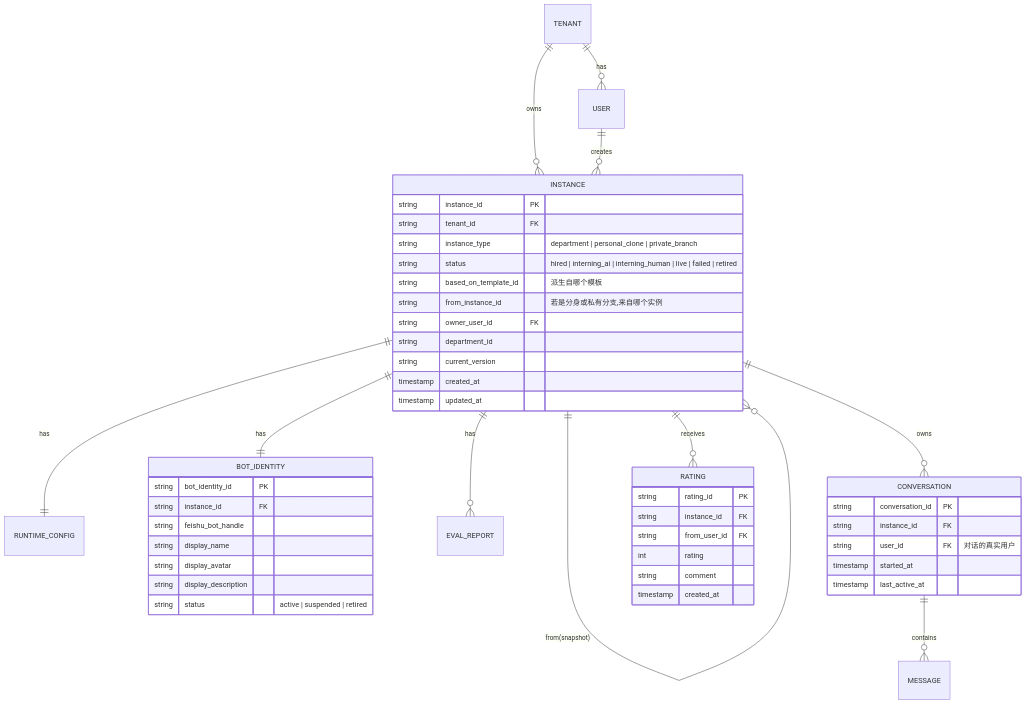
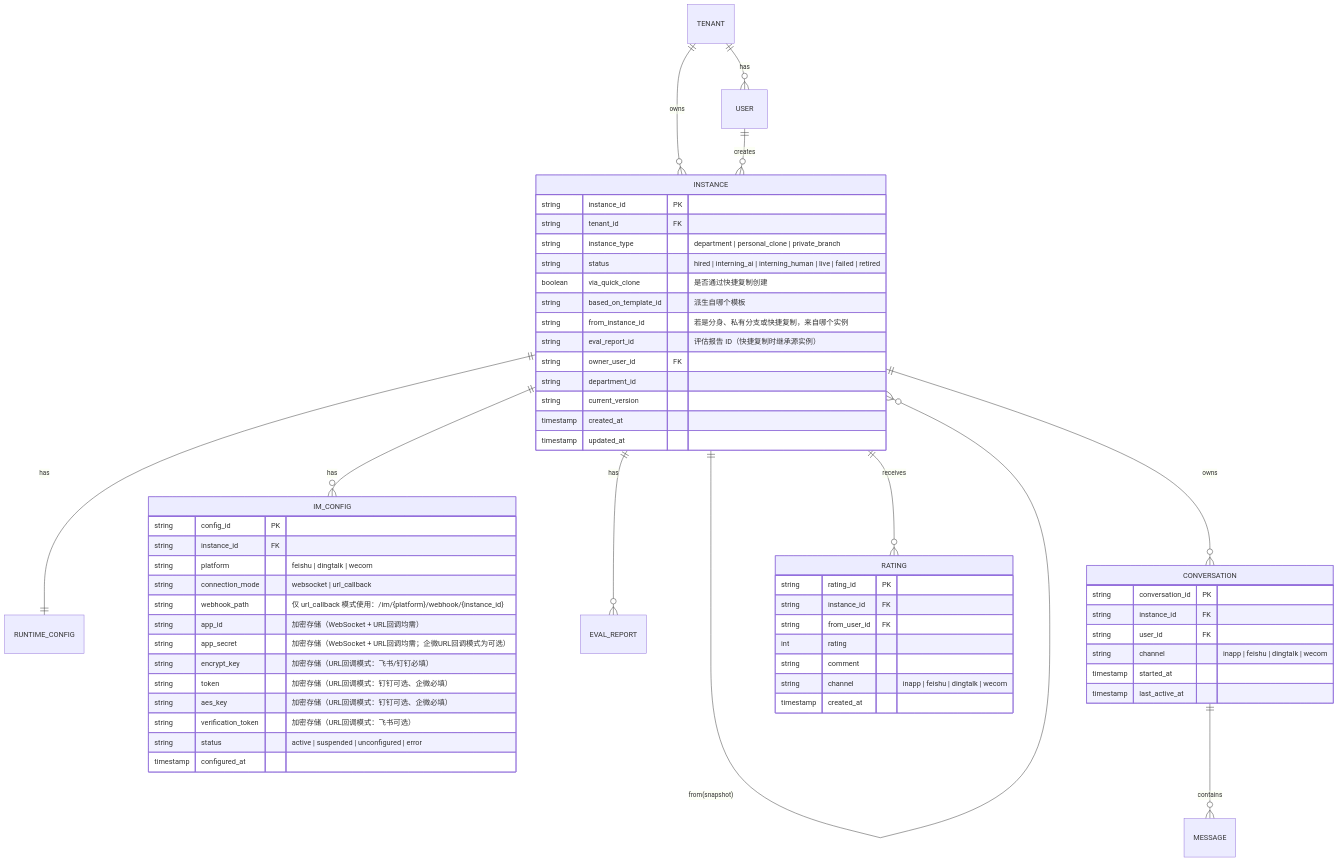
The eighth of 10 diagrams in 02-0 雇佣端完整需求规格说明书.md (wayyet/hirebot-web), drawn with Mermaid before and after one commit. The commit also changed other lines of this file and 18 other files, not shown here.

````diff
--- a/02-0 雇佣端完整需求规格说明书.md
+++ b/02-0 雇佣端完整需求规格说明书.md
@@ -649,54 +851,64 @@
 ```mermaid
 erDiagram
     TENANT ||--o{ USER : has
     TENANT ||--o{ INSTANCE : owns
     USER ||--o{ INSTANCE : creates
     INSTANCE ||--o{ INSTANCE : "from(snapshot)"
     INSTANCE ||--|| RUNTIME_CONFIG : has
-    INSTANCE ||--|| BOT_IDENTITY : has
+    INSTANCE ||--o{ IM_CONFIG : has
     INSTANCE ||--o{ EVAL_REPORT : has
     INSTANCE ||--o{ CONVERSATION : owns
     INSTANCE ||--o{ RATING : receives
     CONVERSATION ||--o{ MESSAGE : contains
-    
+
     INSTANCE {
         string instance_id PK
         string tenant_id FK
         string instance_type "department | personal_clone | private_branch"
         string status "hired | interning_ai | interning_human | live | failed | retired"
+        boolean via_quick_clone "是否通过快捷复制创建"
         string based_on_template_id "派生自哪个模板"
-        string from_instance_id "若是分身或私有分支,来自哪个实例"
+        string from_instance_id "若是分身、私有分支或快捷复制，来自哪个实例"
+        string eval_report_id "评估报告 ID（快捷复制时继承源实例）"
         string owner_user_id FK
         string department_id
         string current_version
         timestamp created_at
         timestamp updated_at
     }
-    
-    BOT_IDENTITY {
-        string bot_identity_id PK
+
+    IM_CONFIG {
+        string config_id PK
         string instance_id FK
-        string feishu_bot_handle
-        string display_name
-        string display_avatar
-        string display_description
-        string status "active | suspended | retired"
+        string platform "feishu | dingtalk | wecom"
+        string connection_mode "websocket | url_callback"
+        string webhook_path "仅 url_callback 模式使用：/im/{platform}/webhook/{instance_id}"
+        string app_id "加密存储（WebSocket + URL回调均需）"
+        string app_secret "加密存储（WebSocket + URL回调均需；企微URL回调模式为可选）"
+        string encrypt_key "加密存储（URL回调模式：飞书/钉钉必填）"
+        string token "加密存储（URL回调模式：钉钉可选、企微必填）"
+        string aes_key "加密存储（URL回调模式：钉钉可选、企微必填）"
+        string verification_token "加密存储（URL回调模式：飞书可选）"
+        string status "active | suspended | unconfigured | error"
+        timestamp configured_at
     }
-    
+
     CONVERSATION {
         string conversation_id PK
         string instance_id FK
-        string user_id FK "对话的真实用户"
+        string user_id FK
+        string channel "inapp | feishu | dingtalk | wecom"
         timestamp started_at
         timestamp last_active_at
     }
-    
+
     RATING {
         string rating_id PK
         string instance_id FK
         string from_user_id FK
         int rating
         string comment
+        string channel "inapp | feishu | dingtalk | wecom"
         timestamp created_at
     }
 ```
````
